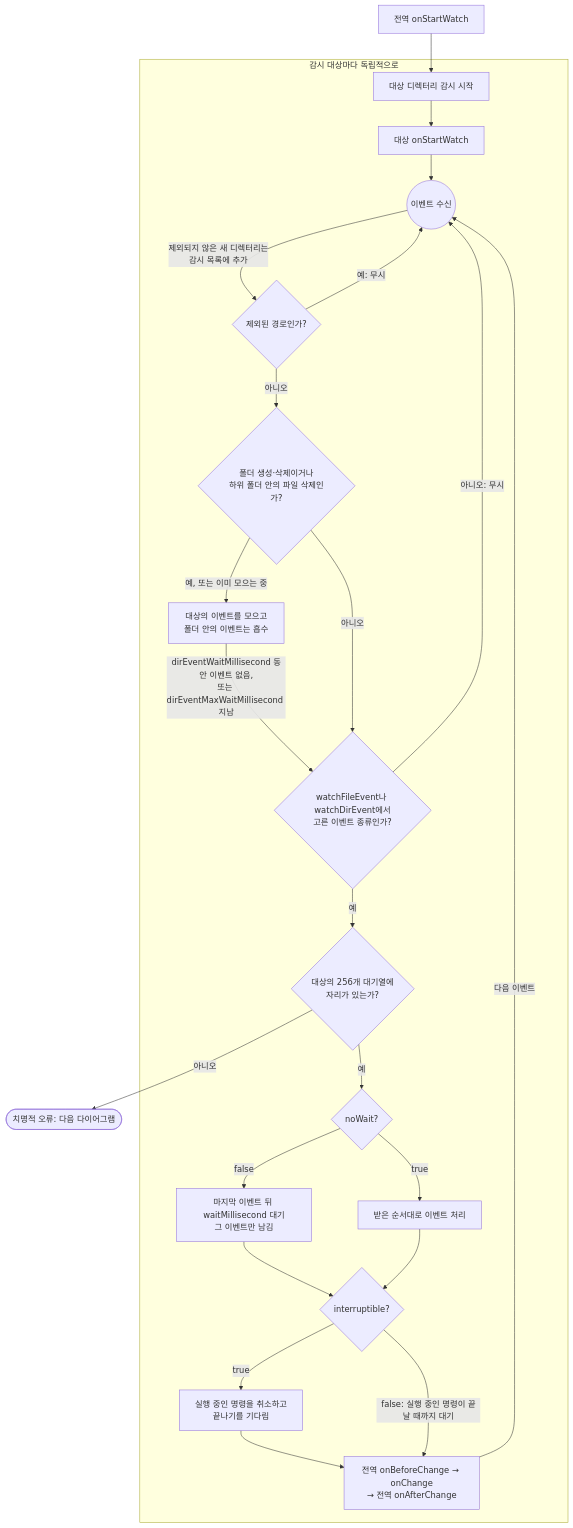
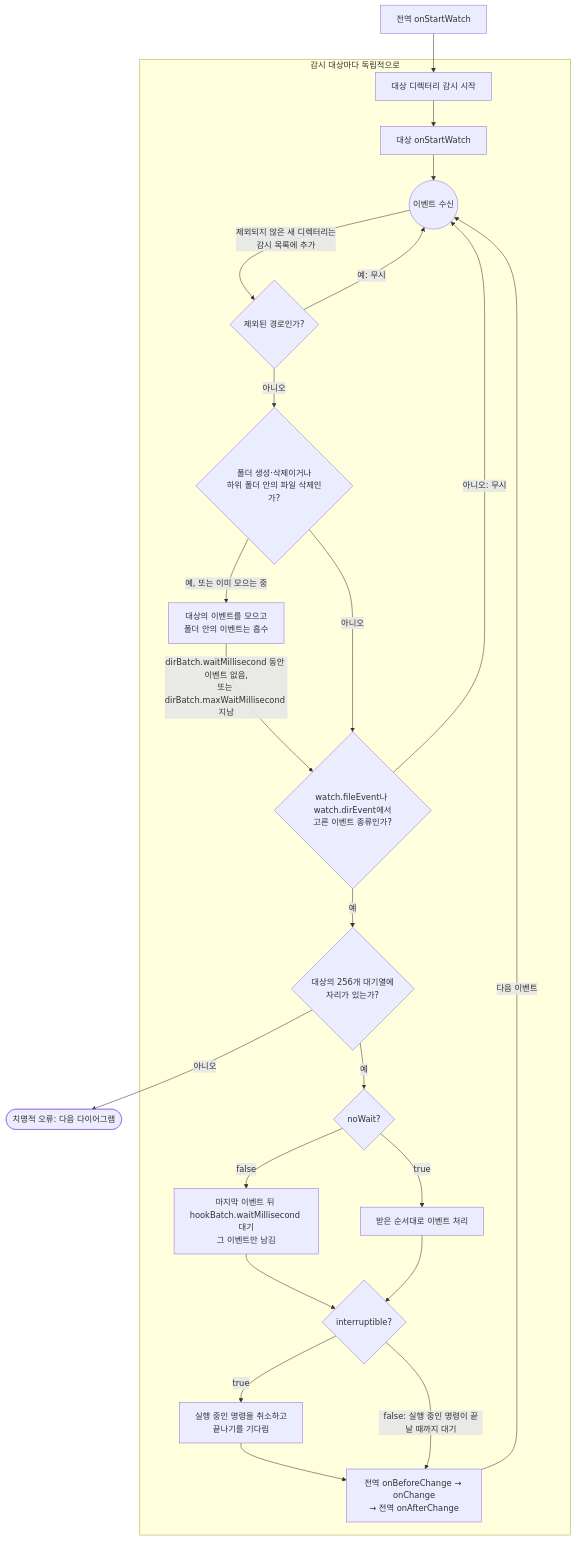
Before and after one commit to seungyeop-lee/directory-watcher: the first of 2 diagrams in README.ko.md, drawn with Mermaid. The commit also changed other lines of this file and 35 other files, not shown here.

First line of the commit message:
feat!: 감시 대상 옵션을 watch·dirBatch·hookBatch 그룹으로 옮김

````diff
--- a/README.ko.md
+++ b/README.ko.md
@@ -150,43 +150,43 @@
 ```mermaid
 flowchart TD
     globalStart["전역 onStartWatch"]
     subgraph eachTarget["감시 대상마다 독립적으로"]
         watchDirs["대상 디렉터리 감시 시작"]
         targetStart["대상 onStartWatch"]
         receiveEvent(("이벤트 수신"))
         excludeCheck{"제외된 경로인가?"}
         collectChoice{"폴더 생성·삭제이거나<br>하위 폴더 안의 파일 삭제인가?"}
         collectFolder["대상의 이벤트를 모으고<br>폴더 안의 이벤트는 흡수"]
-        kindFilter{"watchFileEvent나 watchDirEvent에서<br>고른 이벤트 종류인가?"}
+        kindFilter{"watch.fileEvent나 watch.dirEvent에서<br>고른 이벤트 종류인가?"}
         queueEvent{"대상의 256개 대기열에<br>자리가 있는가?"}
         modeChoice{"noWait?"}
-        debounceWait["마지막 이벤트 뒤 waitMillisecond 대기<br>그 이벤트만 남김"]
+        debounceWait["마지막 이벤트 뒤 hookBatch.waitMillisecond 대기<br>그 이벤트만 남김"]
         orderedRun["받은 순서대로 이벤트 처리"]
         interruptChoice{"interruptible?"}
         cancelPrevious["실행 중인 명령을 취소하고<br>끝나기를 기다림"]
         runChange["전역 onBeforeChange → onChange<br>→ 전역 onAfterChange"]
     end
     fatalStop(["치명적 오류: 다음 다이어그램"])
 
     globalStart --> watchDirs
     watchDirs --> targetStart
     targetStart --> receiveEvent
     receiveEvent -->|"제외되지 않은 새 디렉터리는<br>감시 목록에 추가"| excludeCheck
     excludeCheck -->|"예: 무시"| receiveEvent
     excludeCheck -->|"아니오"| collectChoice
     collectChoice -->|"예, 또는 이미 모으는 중"| collectFolder
     collectChoice -->|"아니오"| kindFilter
-    collectFolder -->|"dirEventWaitMillisecond 동안 이벤트 없음,<br>또는 dirEventMaxWaitMillisecond 지남"| kindFilter
+    collectFolder -->|"dirBatch.waitMillisecond 동안 이벤트 없음,<br>또는 dirBatch.maxWaitMillisecond 지남"| kindFilter
     kindFilter -->|"아니오: 무시"| receiveEvent
     kindFilter -->|"예"| queueEvent
     queueEvent -->|"아니오"| fatalStop
     queueEvent -->|"예"| modeChoice
     modeChoice -->|"false"| debounceWait
     modeChoice -->|"true"| orderedRun
     debounceWait --> interruptChoice
     orderedRun --> interruptChoice
     interruptChoice -->|"true"| cancelPrevious
     interruptChoice -->|"false: 실행 중인 명령이 끝날 때까지 대기"| runChange
     cancelPrevious --> runChange
     runChange -->|"다음 이벤트"| receiveEvent
 ```
````
